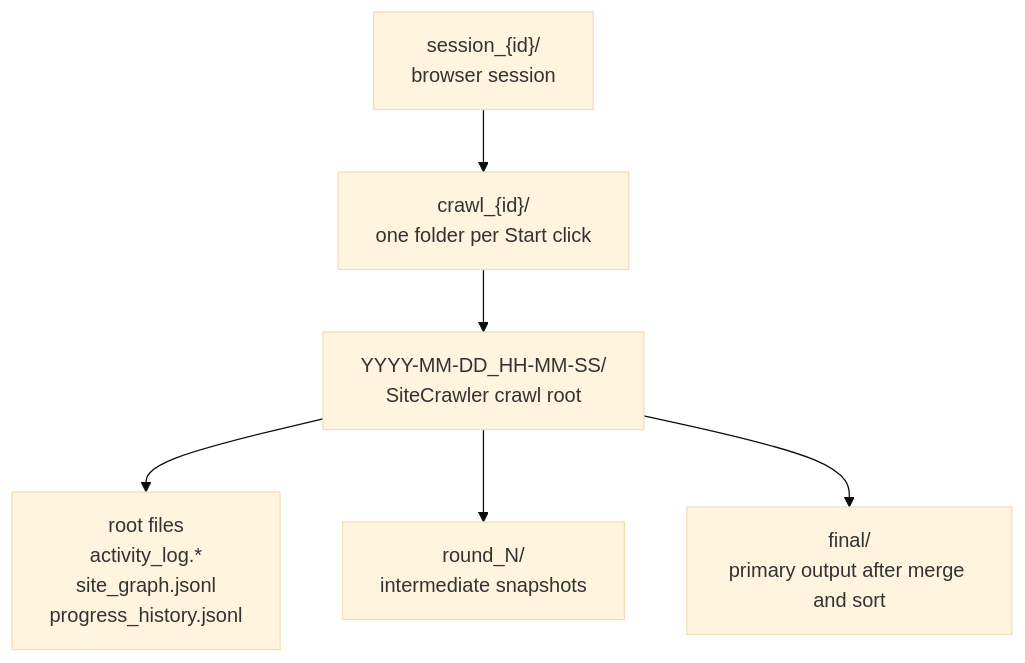
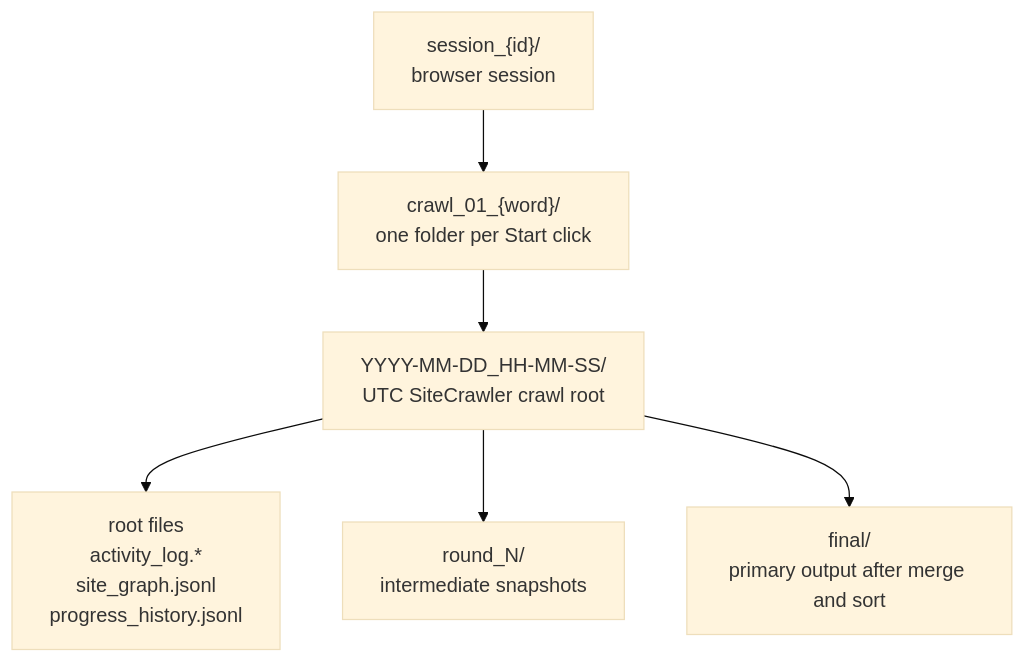
One commit to prakosd/rag-playground changed the fifth of 7 diagrams in apps/streamlit/README.md. Above: the diagram before and after it, drawn with Mermaid (base theme). The commit also changed other lines of this file and 16 other files, not shown here.

````diff
--- a/apps/streamlit/README.md
+++ b/apps/streamlit/README.md
@@ -309,8 +311,8 @@
 ```mermaid
 flowchart TD
-  Session["session_{id}/<br/>browser session"] --> Crawl["crawl_{id}/<br/>one folder per Start click"]
-  Crawl --> Timestamp["YYYY-MM-DD_HH-MM-SS/<br/>SiteCrawler crawl root"]
+  Session["session_{id}/<br/>browser session"] --> Crawl["crawl_01_{word}/<br/>one folder per Start click"]
+  Crawl --> Timestamp["YYYY-MM-DD_HH-MM-SS/<br/>UTC SiteCrawler crawl root"]
   Timestamp --> RootFiles["root files<br/>activity_log.*<br/>site_graph.jsonl<br/>progress_history.jsonl"]
   Timestamp --> Rounds["round_N/<br/>intermediate snapshots"]
   Timestamp --> Final["final/<br/>primary output after merge and sort"]
 ```
````
